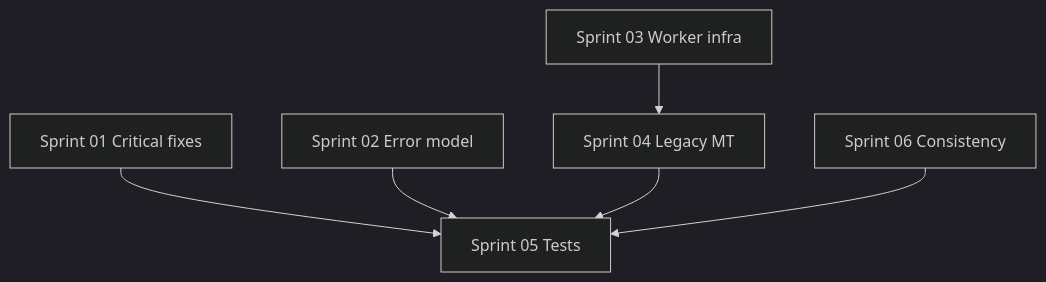
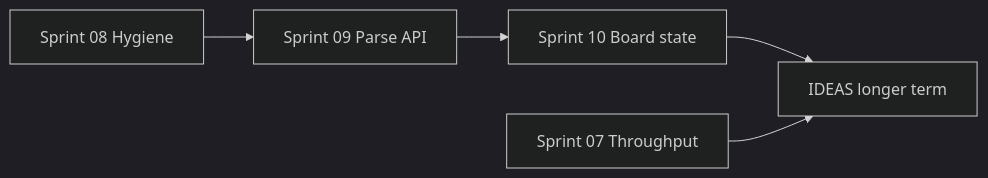
One commit to yschroe/chessalyzer.js changed the diagram in sprints/README.md. Above: the diagram before and after it, drawn with Mermaid (dark theme). The commit also changed other lines of this file and 46 other files, not shown here.

````diff
--- a/sprints/README.md
+++ b/sprints/README.md
@@ -18,15 +27,13 @@
 ```mermaid
-flowchart TD
-    s01[Sprint 01 Critical fixes]
-    s02[Sprint 02 Error model]
-    s03[Sprint 03 Worker infra]
-    s04[Sprint 04 Legacy MT]
-    s05[Sprint 05 Tests]
-    s06[Sprint 06 Consistency]
+flowchart LR
+    s07[Sprint 07 Throughput]
+    s08[Sprint 08 Hygiene]
+    s09[Sprint 09 Parse API]
+    s10[Sprint 10 Board state]
+    ideas[IDEAS longer term]
 
-    s01 --> s05
-    s02 --> s05
-    s03 --> s04
-    s04 --> s05
-    s06 --> s05
+    s08 --> s09
+    s09 --> s10
+    s10 --> ideas
+    s07 --> ideas
 ```
````
